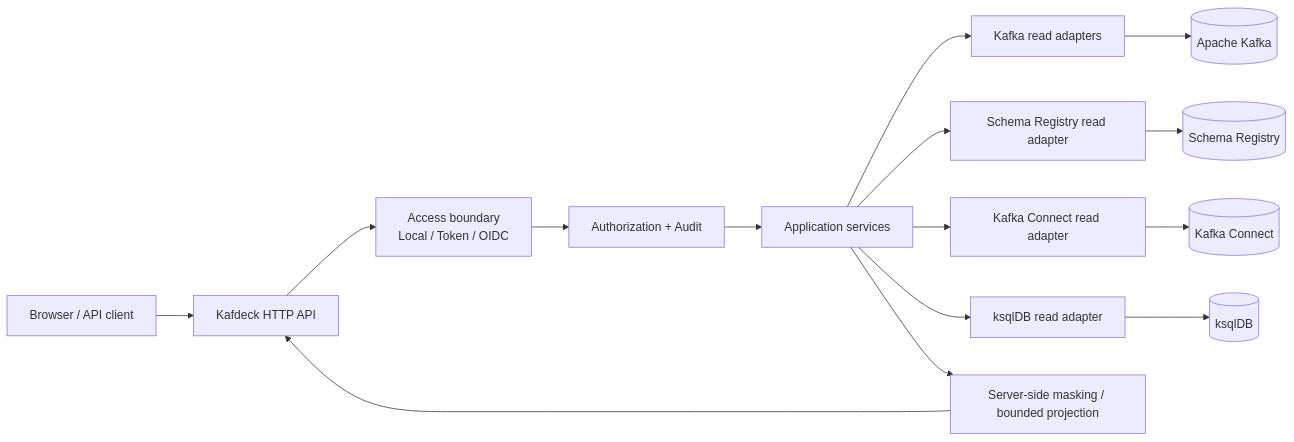
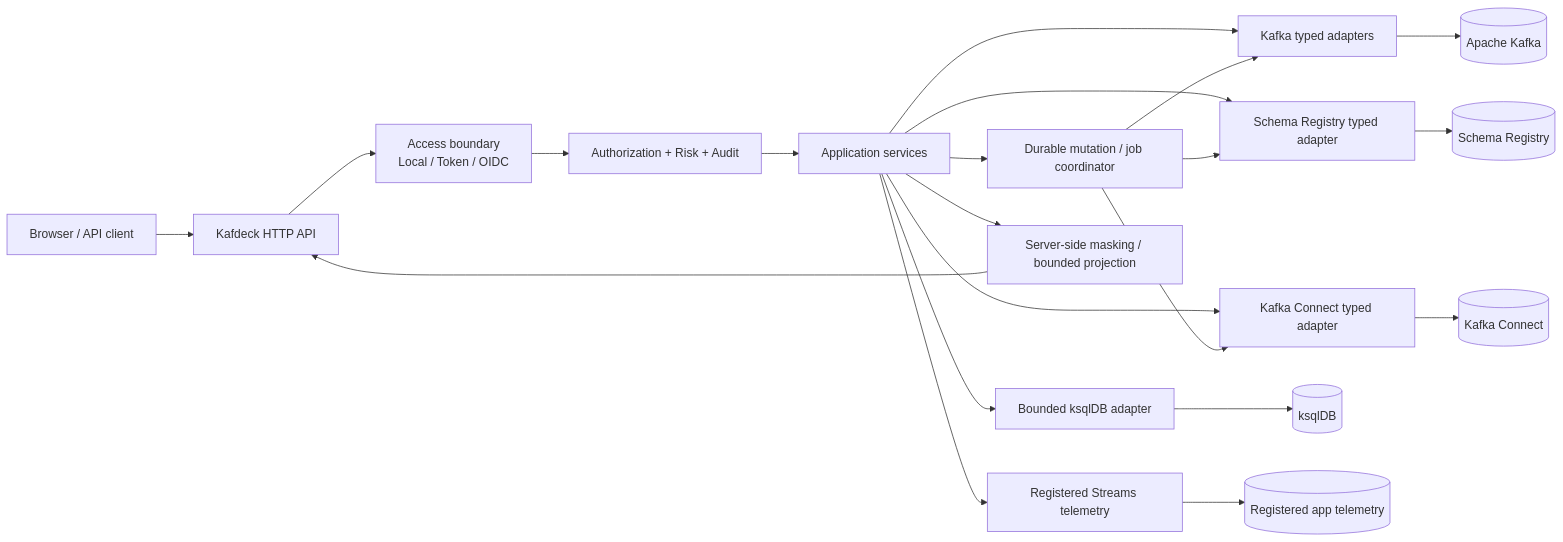
Before and after one commit to araditc/Kafdeck: the diagram in README.md, drawn with Mermaid. The commit also changed other lines of this file, not shown here.

```diff
--- a/README.md
+++ b/README.md
@@ -188,20 +189,27 @@
 ~~~mermaid
 flowchart LR
     B[Browser / API client] --> A[Kafdeck HTTP API]
     A --> I[Access boundary<br/>Local / Token / OIDC]
-    I --> R[Authorization + Audit]
+    I --> R[Authorization + Risk + Audit]
     R --> S[Application services]
 
-    S --> K[Kafka read adapters]
-    S --> SR[Schema Registry read adapter]
-    S --> C[Kafka Connect read adapter]
-    S --> Q[ksqlDB read adapter]
+    S --> K[Kafka typed adapters]
+    S --> SR[Schema Registry typed adapter]
+    S --> C[Kafka Connect typed adapter]
+    S --> Q[Bounded ksqlDB adapter]
+    S --> T[Registered Streams telemetry]
+    S --> J[Durable mutation / job coordinator]
 
     K --> KF[(Apache Kafka)]
     SR --> REG[(Schema Registry)]
     C --> CON[(Kafka Connect)]
     Q --> KSQL[(ksqlDB)]
+    T --> APP[(Registered app telemetry)]
+
+    J --> K
+    J --> SR
+    J --> C
 
     S --> M[Server-side masking / bounded projection]
     M --> A
 ~~~
```
